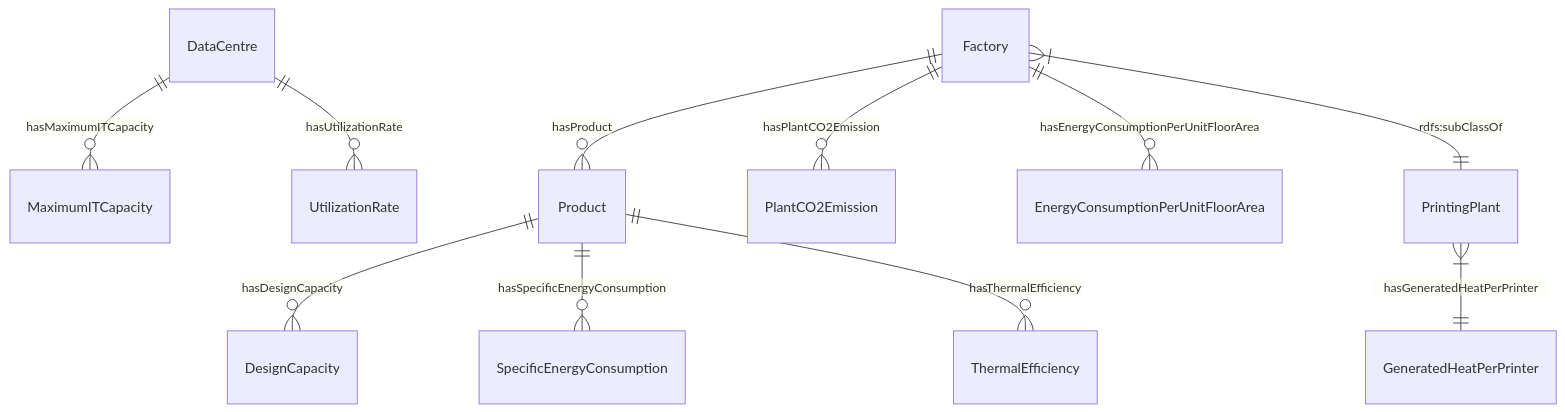
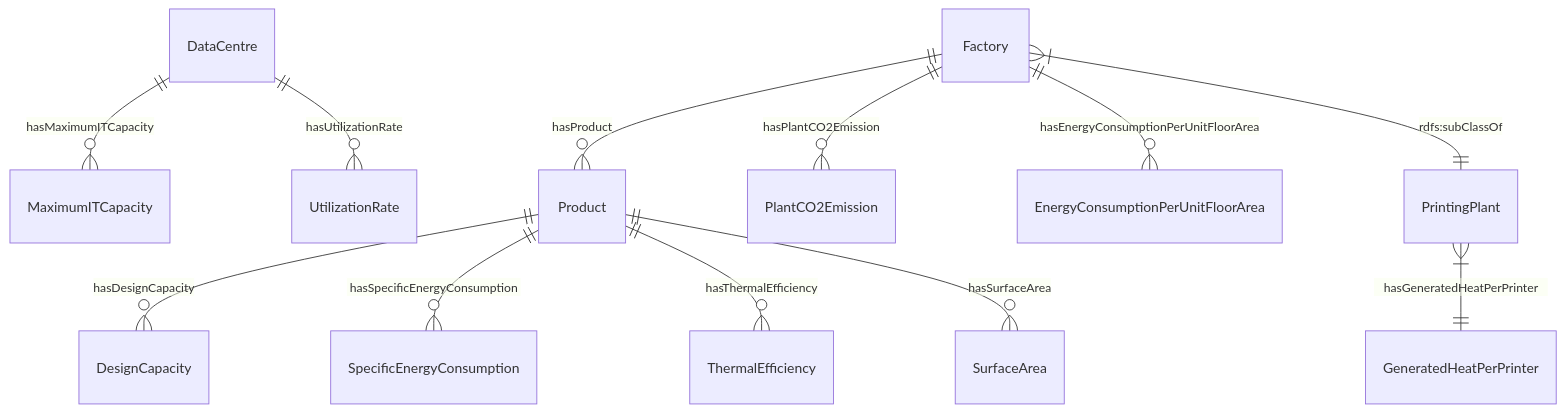
One commit to cambridge-cares/TheWorldAvatar changed the fourth of 5 diagrams in JPS_Ontology/ontology/ontocompany/README.md. Above: the diagram before and after it, drawn with Mermaid.

Commit message:
1775-update-ontocompany-ontology: Updated mermaid diagram for industrial facilities.

````diff
--- a/JPS_Ontology/ontology/ontocompany/README.md
+++ b/JPS_Ontology/ontology/ontocompany/README.md
@@ -77,13 +77,14 @@
 ```mermaid
     erDiagram
     "DataCentre" ||--o{ "MaximumITCapacity" : hasMaximumITCapacity
     "DataCentre" ||--o{ "UtilizationRate" : hasUtilizationRate
     "Factory" ||--o{ "Product" : hasProduct
     "Product" ||--o{ "DesignCapacity" : hasDesignCapacity
     "Product" ||--o{ "SpecificEnergyConsumption" : hasSpecificEnergyConsumption
     "Product" ||--o{ "ThermalEfficiency" : hasThermalEfficiency
+    "Product" ||--o{ "SurfaceArea" : hasSurfaceArea
     "Factory" ||--o{ "PlantCO2Emission" : hasPlantCO2Emission
     "Factory" ||--o{ "EnergyConsumptionPerUnitFloorArea" : hasEnergyConsumptionPerUnitFloorArea
     "Factory" }|--|| "PrintingPlant" : "rdfs:subClassOf"
     "PrintingPlant" }|--|| "GeneratedHeatPerPrinter" : "hasGeneratedHeatPerPrinter"
 ```
````
